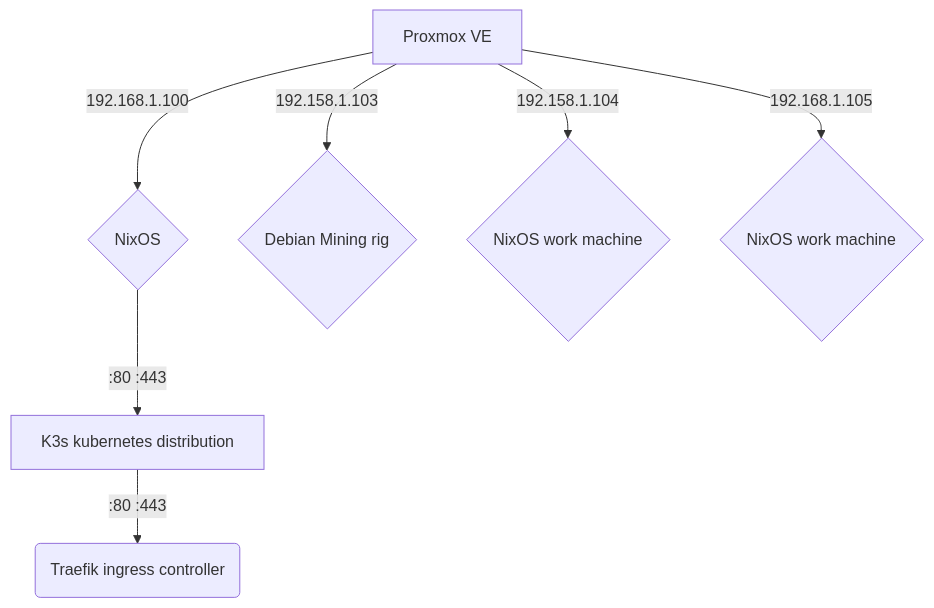
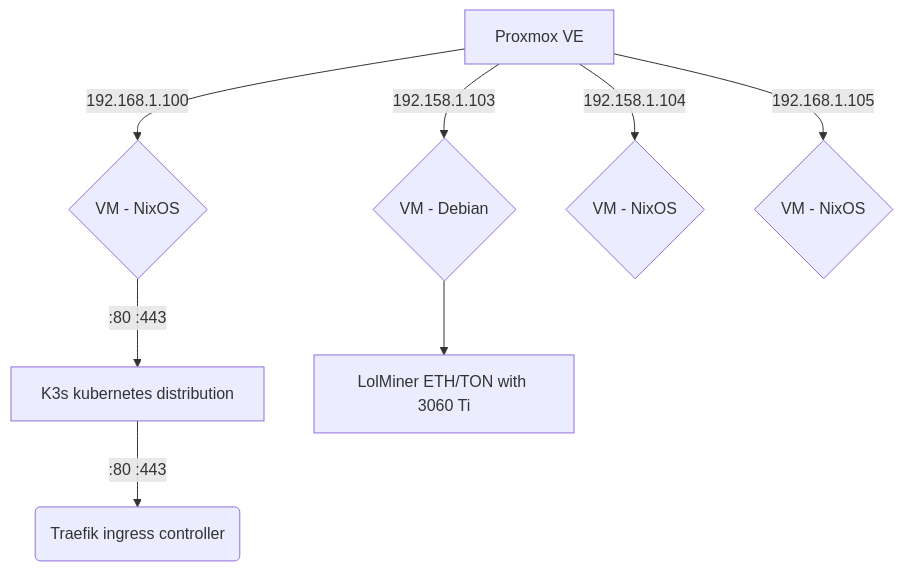
The diagram in homelab/README.md (portothree/dotfiles), drawn with Mermaid before and after one commit.

````diff
--- a/homelab/README.md
+++ b/homelab/README.md
@@ -3,9 +3,10 @@
 ```mermaid
 flowchart TD
-	A[Proxmox VE] -->|192.168.1.100| 100{NixOS};
-	A -->|192.158.1.103| 102{Debian Mining rig};
+	A[Proxmox VE] -->|192.168.1.100| 100{VM - NixOS};
 	100 -->|:80 :443| K3s[K3s kubernetes distribution];
 	K3s -->|:80 :443| Traefik(Traefik ingress controller);
-	A -->|192.158.1.104| 103{NixOS work machine};
-	A -->|192.168.1.105| 104{NixOS work machine};
+	A -->|192.158.1.103| 102{VM - Debian};
+	102 --> lolminer[LolMiner ETH/TON with 3060 Ti];
+	A -->|192.158.1.104| 103{VM - NixOS};
+	A -->|192.168.1.105| 104{VM - NixOS};
 ```
````
